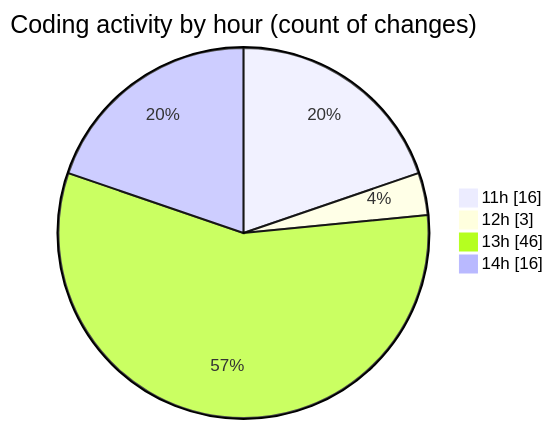
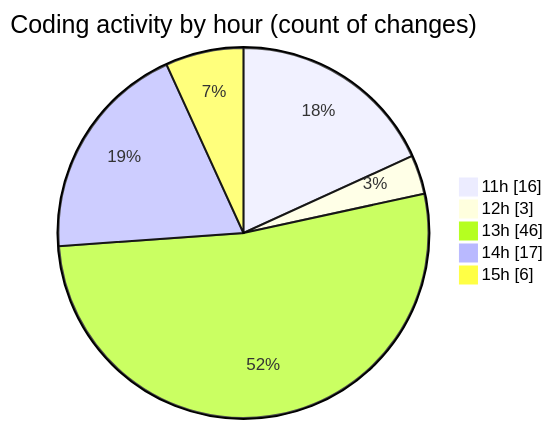
The second of 2 diagrams in 2025-07-08/argos/README.md (nxtqubesakshisongat/code-tracking), drawn with Mermaid before and after one commit. The commit also changed other lines of this file and 1 other file, not shown here.

````diff
--- a/2025-07-08/argos/README.md
+++ b/2025-07-08/argos/README.md
@@ -33,8 +33,9 @@
 ```mermaid
 pie showData
 title Coding activity by hour (count of changes)
 "11h" : 16
 "12h" : 3
 "13h" : 46
-"14h" : 16
+"14h" : 17
+"15h" : 6
 ```
````
